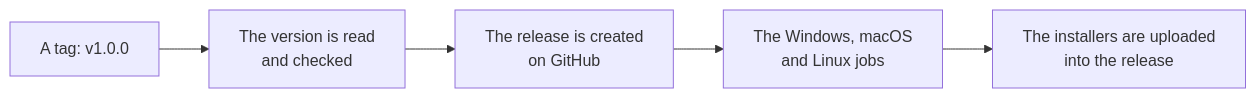
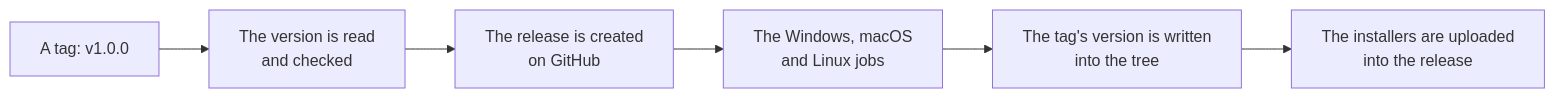
Before and after one commit to YueMi-Development/YueMi-Office: the diagram in docs/development.md, drawn with Mermaid. The commit also changed other lines of this file and 13 other files, not shown here.

First line of the commit message:
Put the version of a release into every file that carries it

````diff
--- a/docs/development.md
+++ b/docs/development.md
@@ -129,7 +167,8 @@
 ```mermaid
 flowchart LR
     T["A tag: v1.0.0"] --> V["The version is read<br/>and checked"]
     V --> R["The release is created<br/>on GitHub"]
     R --> W["The Windows, macOS<br/>and Linux jobs"]
-    W --> U["The installers are uploaded<br/>into the release"]
+    W --> S["The tag's version is written<br/>into the tree"]
+    S --> U["The installers are uploaded<br/>into the release"]
 ```
````
